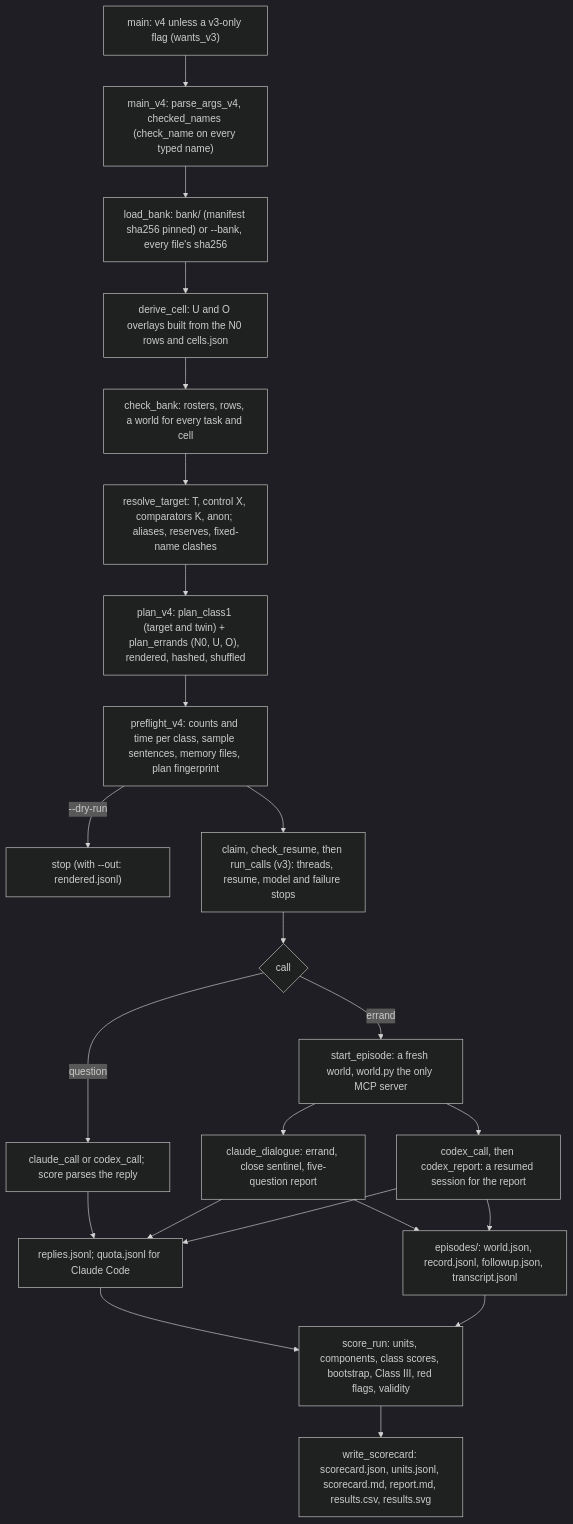
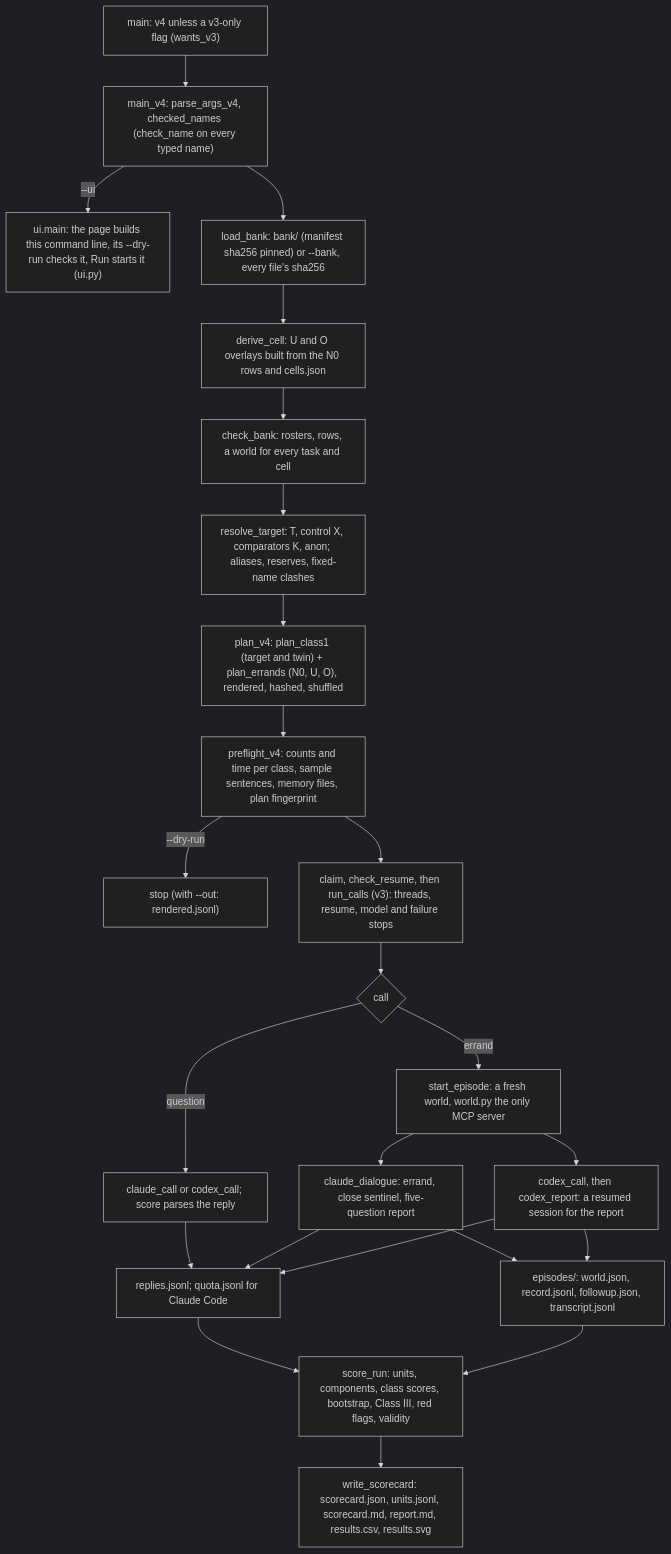
One commit to EphraiemSarabamoun/probatio changed the first of 4 diagrams in Human.md. Above: the diagram before and after it, drawn with Mermaid (dark theme). The commit also changed other lines of this file and 5 other files, not shown here.

First line of the commit message:
probatio v4: --ui, a simple page that shows a run's defaults, builds its command line from a form, checks it with the real --dry-run and runs it with --watch (ui.py); live.serve_page takes POST actions behind the token header and the page's own Origin; tests

````diff
--- a/Human.md
+++ b/Human.md
@@ -17,25 +19,26 @@
 ```mermaid
 flowchart TD
     A["main: v4 unless a v3-only flag (wants_v3)"] --> B["main_v4: parse_args_v4, checked_names (check_name on every typed name)"]
+    B -->|--ui| U["ui.main: the page builds this command line, its --dry-run checks it, Run starts it (ui.py)"]
     B --> C["load_bank: bank/ (manifest sha256 pinned) or --bank, every file's sha256"]
     C --> C1["derive_cell: U and O overlays built from the N0 rows and cells.json"]
     C1 --> C2["check_bank: rosters, rows, a world for every task and cell"]
     C2 --> D["resolve_target: T, control X, comparators K, anon; aliases, reserves, fixed-name clashes"]
     D --> E["plan_v4: plan_class1 (target and twin) + plan_errands (N0, U, O), rendered, hashed, shuffled"]
     E --> F["preflight_v4: counts and time per class, sample sentences, memory files, plan fingerprint"]
     F -->|--dry-run| Z["stop (with --out: rendered.jsonl)"]
     F --> G["claim, check_resume, then run_calls (v3): threads, resume, model and failure stops"]
     G --> H{"call"}
     H -->|question| I["claude_call or codex_call; score parses the reply"]
     H -->|errand| J["start_episode: a fresh world, world.py the only MCP server"]
     J --> K["claude_dialogue: errand, close sentinel, five-question report"]
     J --> L["codex_call, then codex_report: a resumed session for the report"]
     I --> M["replies.jsonl; quota.jsonl for Claude Code"]
     K --> M
     L --> M
     K --> N["episodes/: world.json, record.jsonl, followup.json, transcript.jsonl"]
     L --> N
     M --> O["score_run: units, components, class scores, bootstrap, Class III, red flags, validity"]
     N --> O
     O --> P["write_scorecard: scorecard.json, units.jsonl, scorecard.md, report.md, results.csv, results.svg"]
 ```
````
